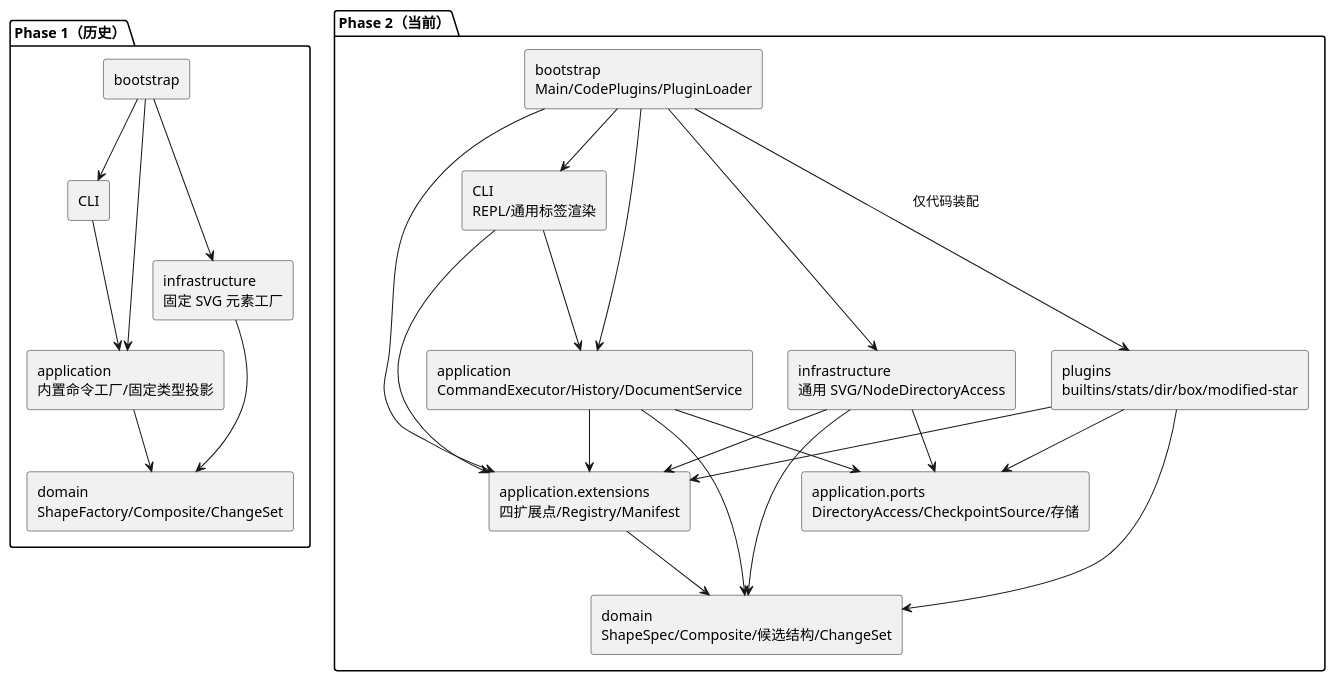
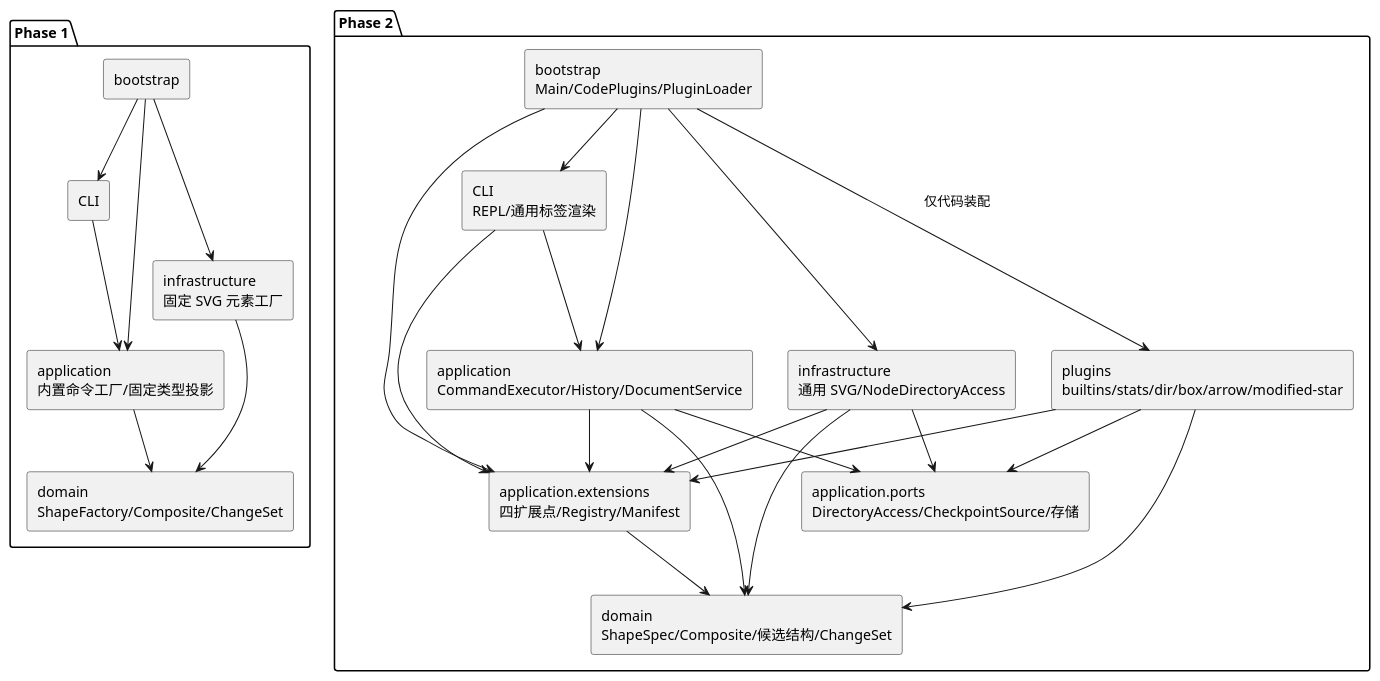
The second of 2 diagrams in doc/README.md (CelestriZeta/svg-editor-cli), drawn with PlantUML before and after one commit. The commit also changed other lines of this file and 68 other files, not shown here.

````diff
--- a/doc/README.md
+++ b/doc/README.md
@@ -686,45 +223,45 @@
 ```plantuml
 @startuml
 skinparam componentStyle rectangle
-package "Phase 1（历史）" {
+package "Phase 1" {
   component "bootstrap" as oldMain
   component "CLI" as oldCli
   component "application\n内置命令工厂/固定类型投影" as oldApp
   component "domain\nShapeFactory/Composite/ChangeSet" as oldDomain
   component "infrastructure\n固定 SVG 元素工厂" as oldIO
   oldMain --> oldCli
   oldMain --> oldApp
   oldMain --> oldIO
   oldCli --> oldApp
   oldApp --> oldDomain
   oldIO --> oldDomain
 }
-package "Phase 2（当前）" {
+package "Phase 2" {
   component "bootstrap\nMain/CodePlugins/PluginLoader" as main
   component "CLI\nREPL/通用标签渲染" as cli
   component "application\nCommandExecutor/History/DocumentService" as app
   component "application.extensions\n四扩展点/Registry/Manifest" as api
   component "application.ports\nDirectoryAccess/CheckpointSource/存储" as ports
   component "domain\nShapeSpec/Composite/候选结构/ChangeSet" as domain
   component "infrastructure\n通用 SVG/NodeDirectoryAccess" as io
-  component "plugins\nbuiltins/stats/dir/box/modified-star" as plugins
+  component "plugins\nbuiltins/stats/dir/box/arrow/modified-star" as plugins
   main --> cli
   main --> app
   main --> api
   main --> io
   main --> plugins : 仅代码装配
   cli --> app
   cli --> api
   app --> api
   app --> ports
   app --> domain
   api --> domain
   plugins --> api
   plugins --> ports
   plugins --> domain
   io --> api
   io --> ports
   io --> domain
 }
 @enduml
 ```
````
